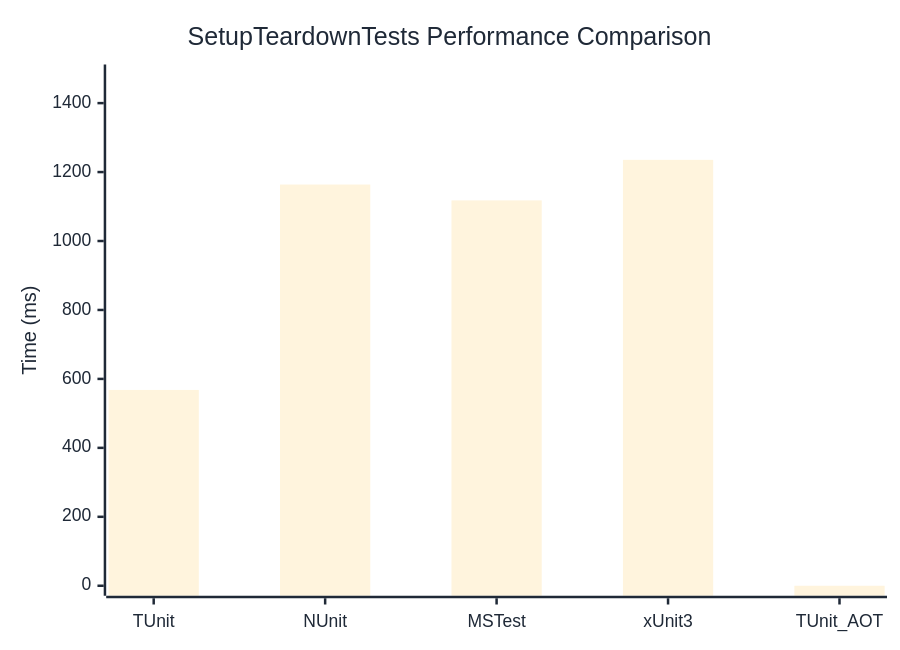
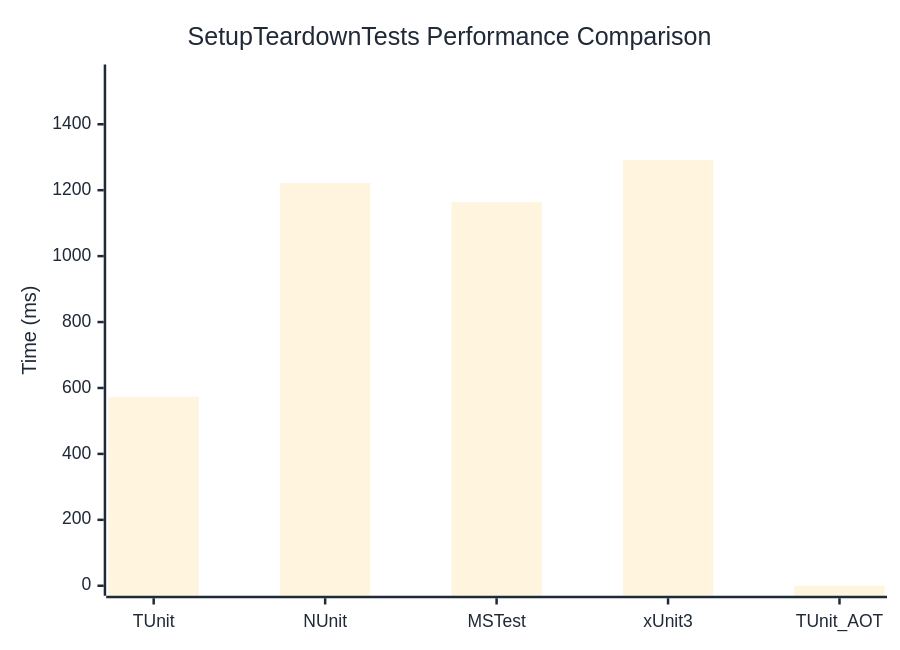
The diagram in docs/docs/benchmarks/SetupTeardownTests.md (thomhurst/TUnit), drawn with Mermaid before and after one commit. The commit also changed other lines of this file and 17 other files, not shown here.

````diff
--- a/docs/docs/benchmarks/SetupTeardownTests.md
+++ b/docs/docs/benchmarks/SetupTeardownTests.md
@@ -27,37 +27,37 @@
 ```mermaid
 %%{init: {
   'theme':'base',
   'themeVariables': {
     'primaryColor': '#2563eb',
     'primaryTextColor': '#1f2937',
     'primaryBorderColor': '#1e40af',
     'lineColor': '#6b7280',
     'secondaryColor': '#7c3aed',
     'tertiaryColor': '#dc2626',
     'background': '#ffffff',
     'mainBkg': '#2563eb',
     'secondBkg': '#7c3aed',
     'tertiaryBkg': '#dc2626',
     'clusterBkg': '#f3f4f6',
     'edgeLabelBackground': '#ffffff',
     'tertiaryTextColor': '#1f2937',
     'pie1': '#2563eb',
     'pie2': '#7c3aed',
     'pie3': '#dc2626',
     'pie4': '#f59e0b',
     'pie5': '#10b981',
     'pie6': '#06b6d4',
     'pie7': '#ec4899',
     'pie8': '#6366f1',
     'pie9': '#84cc16',
     'pie10': '#f97316',
     'pie11': '#14b8a6',
     'pie12': '#a855f7'
   }
 }}%%
 xychart-beta
   title "SetupTeardownTests Performance Comparison"
   x-axis ["TUnit", "NUnit", "MSTest", "xUnit3", "TUnit_AOT"]
-  y-axis "Time (ms)" 0 --> 1483
-  bar [568, 1163.8, 1117.8, 1235.4, 0]
+  y-axis "Time (ms)" 0 --> 1551
+  bar [573.3, 1221.5, 1163.6, 1291.9, 0]
 ```
````
